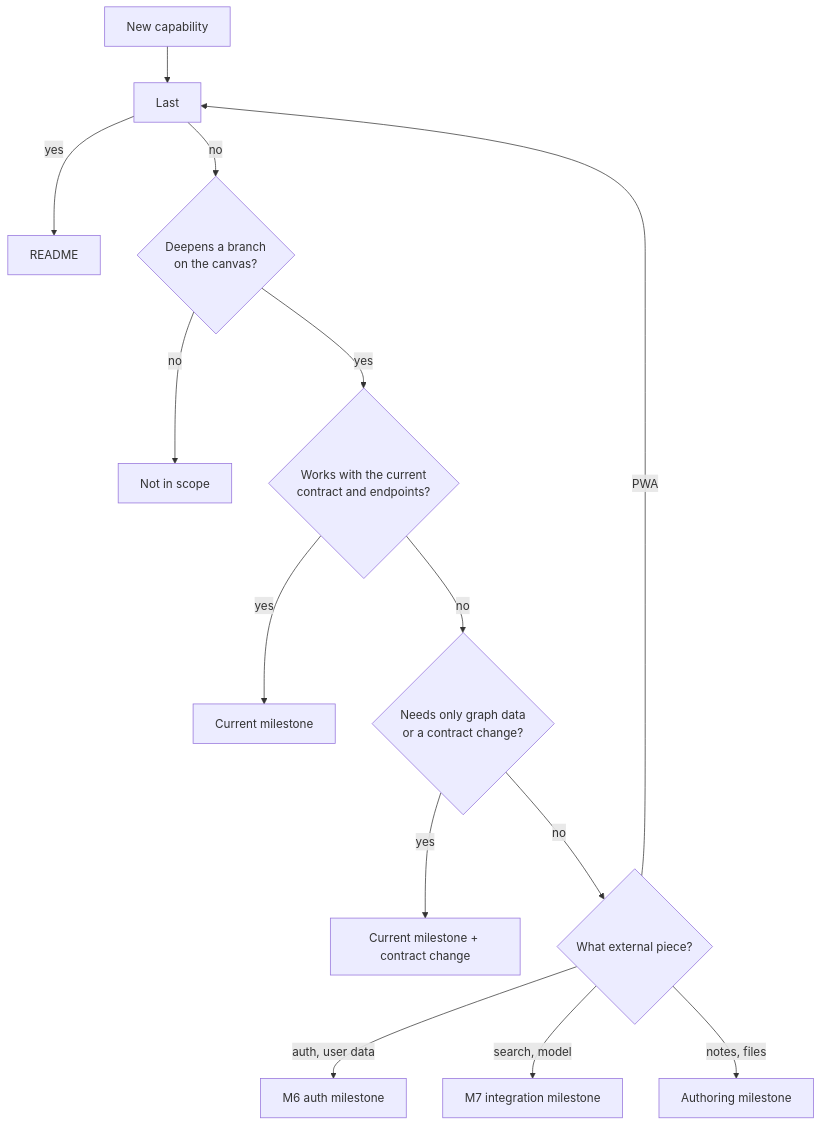
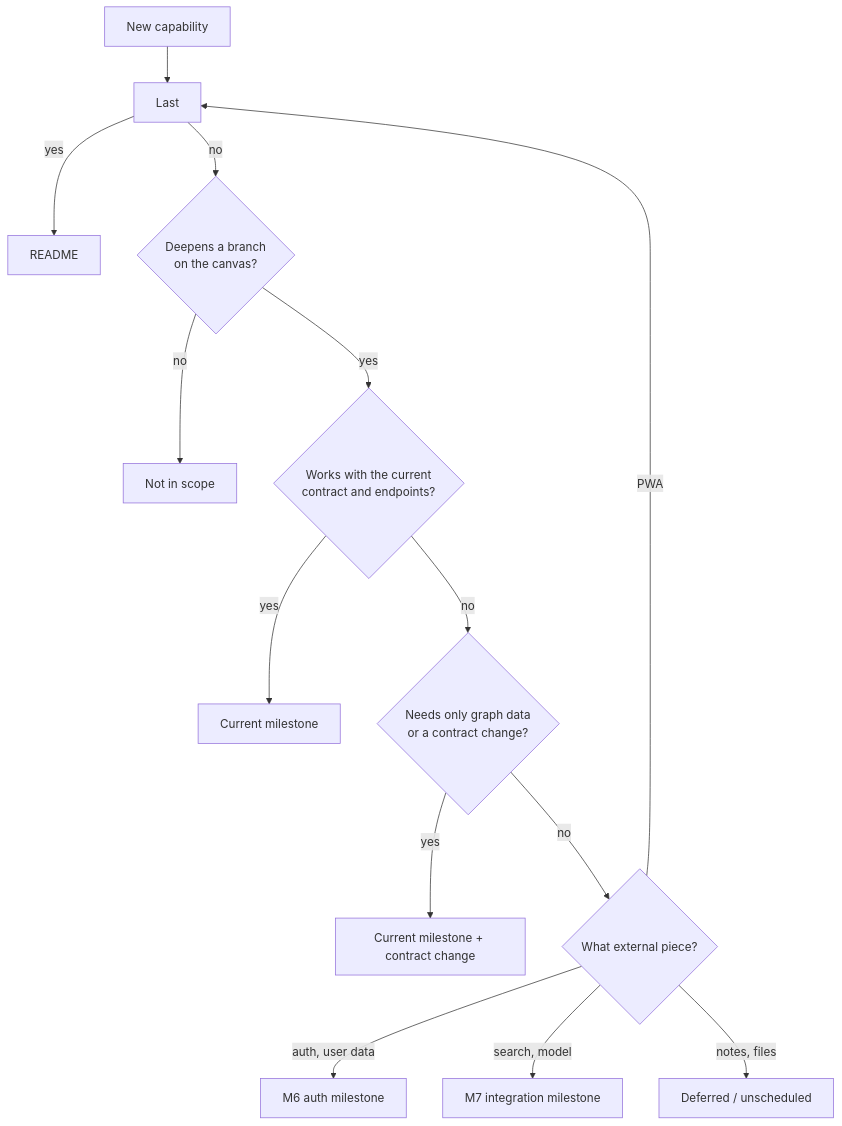
One commit to zacharyLYH/DeepBurrow changed the first of 2 diagrams in docs/PLAN.md. Above: the diagram before and after it, drawn with Mermaid. The commit also changed other lines of this file and 72 other files, not shown here.

````diff
--- a/docs/PLAN.md
+++ b/docs/PLAN.md
@@ -26,16 +26,16 @@
 ```mermaid
 flowchart TD
   F[New capability] --> P{Permanent product rule?}
   P -- yes --> R[README]
   P -- no --> S{Deepens a branch<br/>on the canvas?}
   S -- no --> X[Not in scope]
   S -- yes --> C{Works with the current<br/>contract and endpoints?}
   C -- yes --> M[Current milestone]
   C -- no --> D{Needs only graph data<br/>or a contract change?}
   D -- yes --> M2[Current milestone + contract change]
   D -- no --> E{What external piece?}
   E -- auth, user data --> I6[M6 auth milestone]
   E -- search, model --> I7[M7 integration milestone]
-  E -- notes, files --> A[Authoring milestone]
+  E -- notes, files --> A[Deferred / unscheduled]
   E -- PWA --> P[Last]
 ```
````
